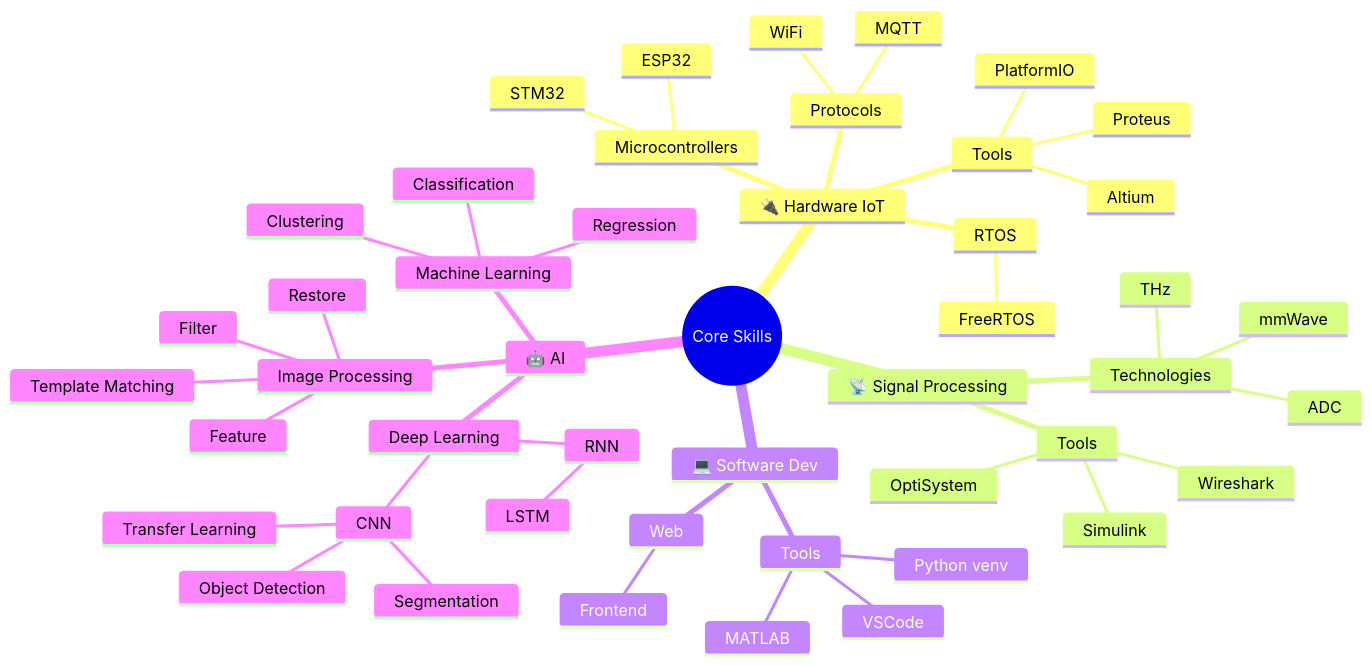
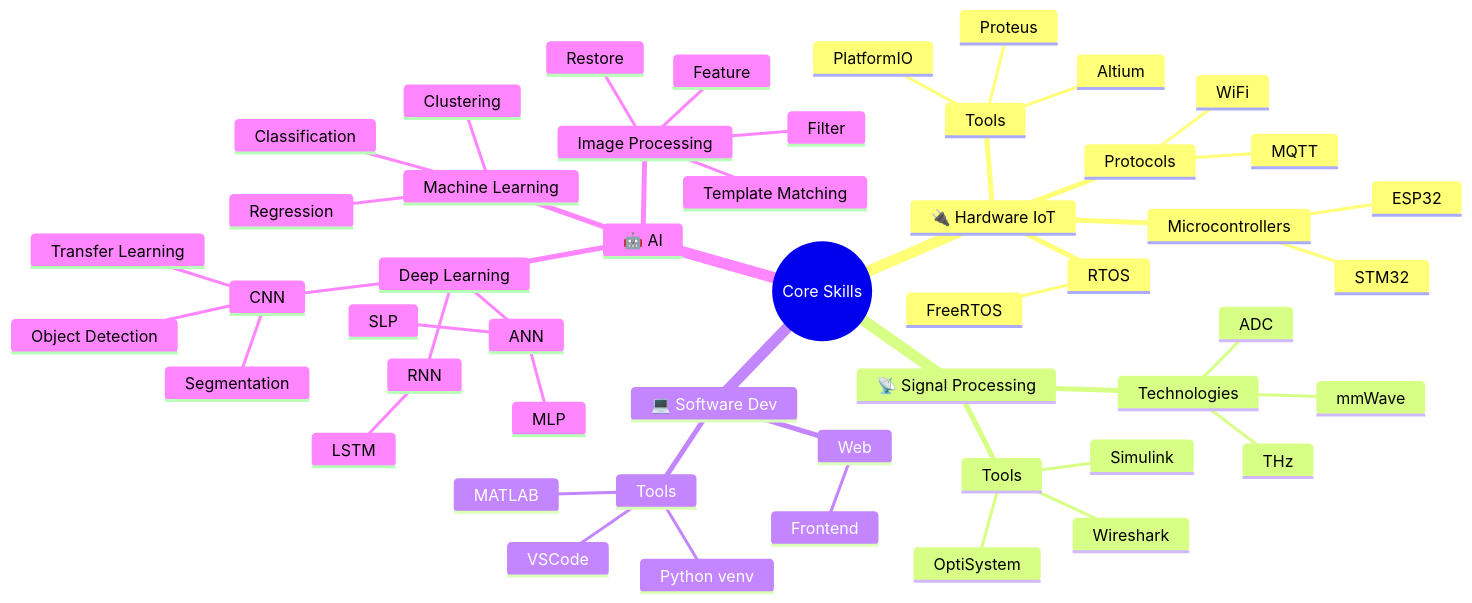
Before and after one commit to bathanh0309/bathanh0309: the diagram in README.md, drawn with Mermaid.

````diff
--- a/README.md
+++ b/README.md
@@ -141,50 +141,53 @@
 ```mermaid
 mindmap
   root((Core Skills))
     🔌 Hardware IoT
       Microcontrollers
         ESP32
         STM32
       RTOS
         FreeRTOS
       Protocols
         MQTT
         WiFi
       Tools
         PlatformIO
         Proteus
         Altium
     📡 Signal Processing
       Technologies
         mmWave
         THz
         ADC
       Tools
         Simulink
         OptiSystem
         Wireshark
     💻 Software Dev
       Web
         Frontend
       Tools
         VSCode
         MATLAB
         Python venv
     🤖 AI 
       Machine Learning
         Classification
         Regression
         Clustering
       Deep Learning
+        ANN
+          SLP
+          MLP
         CNN
           Segmentation
           Object Detection
           Transfer Learning
         RNN
           LSTM
       Image Processing
         Feature
         Filter
         Restore
         Template Matching
 ```
````
